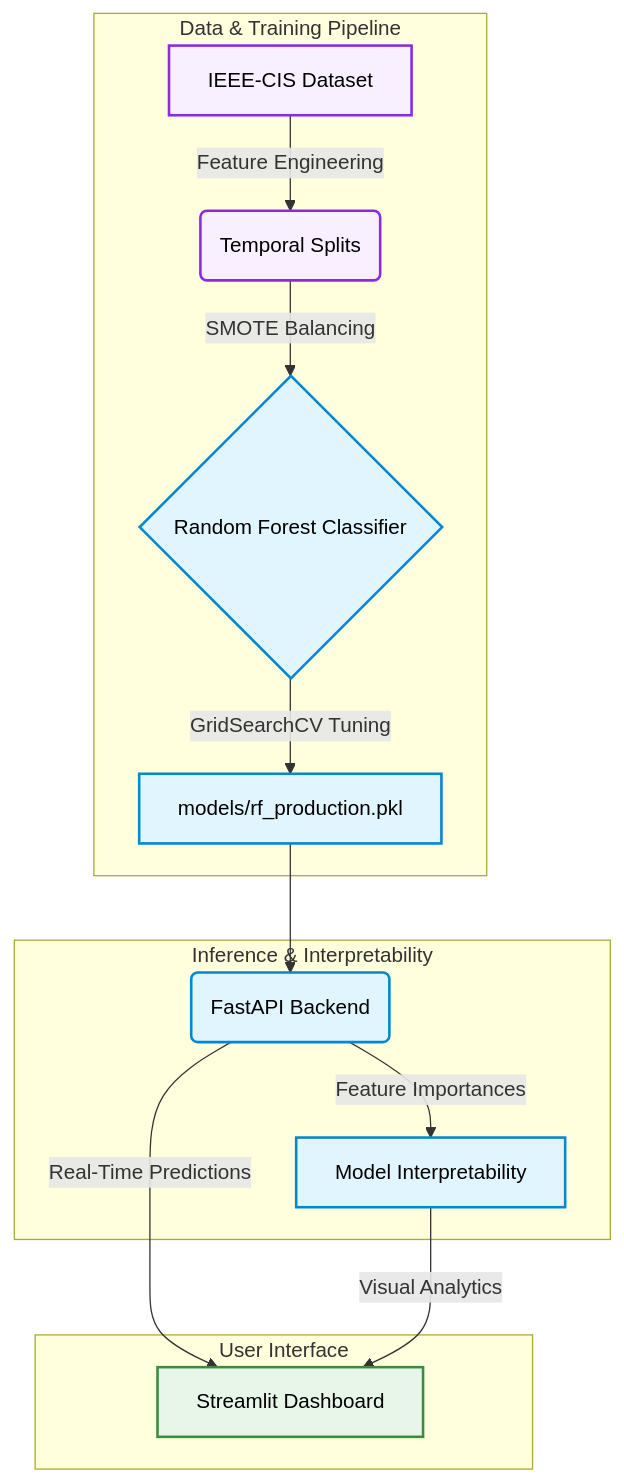
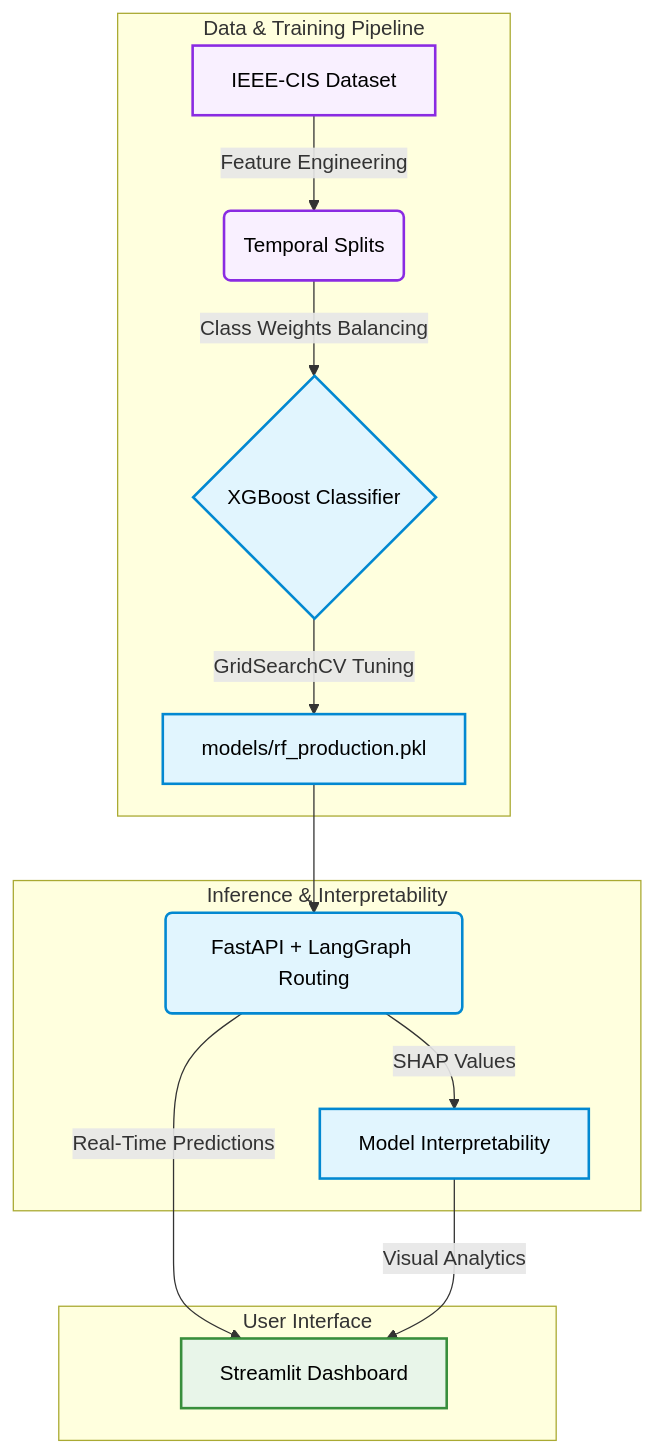
Before and after one commit to Shashank17singh/Agentic-Fraud-Sentinel: the diagram in README.md, drawn with Mermaid. The commit also changed other lines of this file, not shown here.

Commit message:
Update README to reflect LangGraph and XGBoost

````diff
--- a/README.md
+++ b/README.md
@@ -18,26 +19,26 @@
 ```mermaid
 graph TD
     subgraph "Data & Training Pipeline"
     A[IEEE-CIS Dataset] -->|Feature Engineering| B(Temporal Splits)
-    B -->|SMOTE Balancing| C{Random Forest Classifier}
+    B -->|Class Weights Balancing| C{XGBoost Classifier}
     C -->|GridSearchCV Tuning| D[models/rf_production.pkl]
     end
     
     subgraph "Inference & Interpretability"
-    D --> E(FastAPI Backend)
-    E -->|Feature Importances| F[Model Interpretability]
+    D --> E(FastAPI + LangGraph Routing)
+    E -->|SHAP Values| F[Model Interpretability]
     end
     
     subgraph "User Interface"
     E -->|Real-Time Predictions| G[Streamlit Dashboard]
     F -->|Visual Analytics| G
     end
     
     classDef data fill:#f9f0ff,stroke:#8a2be2,stroke-width:2px,color:#000;
     classDef core fill:#e1f5fe,stroke:#0288d1,stroke-width:2px,color:#000;
     classDef ui fill:#e8f5e9,stroke:#388e3c,stroke-width:2px,color:#000;
     
     class A,B data;
     class C,D,E,F core;
     class G ui;
 ```
````
